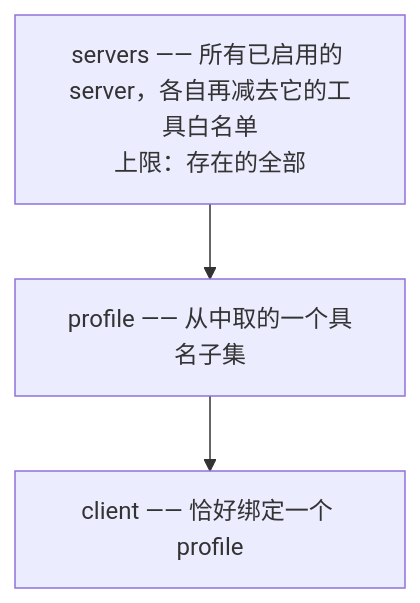
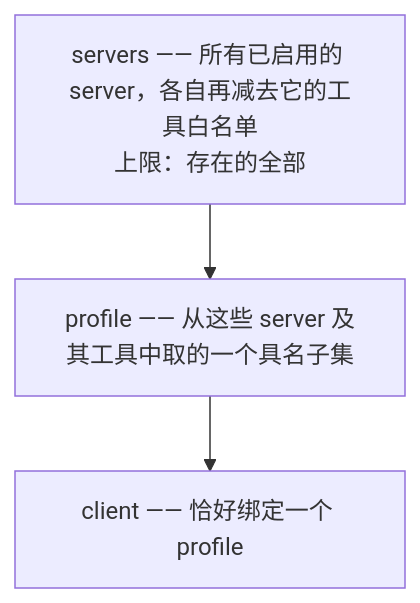
One commit to dinstein/agent-hub changed the first of 3 diagrams in docs/zh-CN/model.md. Above: the diagram before and after it, drawn with Mermaid.

Commit message:
docs(zh): a profile narrows tools, and the diagram said only servers
model.md's first diagram defines the three nouns, and the Chinese node for
profile read "a named subset taken from them" where the English reads "a
named subset of those servers AND THEIR TOOLS". Tool narrowing is the half
a reader is most likely to miss — AGENTS.md states the model as "a profile
takes a subset of the servers and may narrow their tools further" — and the
diagram is the one-line definition sitting above the table.

The table itself was already complete on both sides, so nothing was
unrecoverable; a reader who stopped at the picture got a smaller profile
than the one the system implements.

Found by comparing all three translated documents section by section, which
is the only way this class surfaces: the translation check reads headings
and nothing under them.

````diff
--- a/docs/zh-CN/model.md
+++ b/docs/zh-CN/model.md
@@ -11,7 +11,7 @@
 ```mermaid
 flowchart TD
     S["servers —— 所有已启用的 server，各自再减去它的工具白名单<br/>上限：存在的全部"]
-    P["profile —— 从中取的一个具名子集"]
+    P["profile —— 从这些 server 及其工具中取的一个具名子集"]
     C["client —— 恰好绑定一个 profile"]
     S --> P --> C
 ```
````
